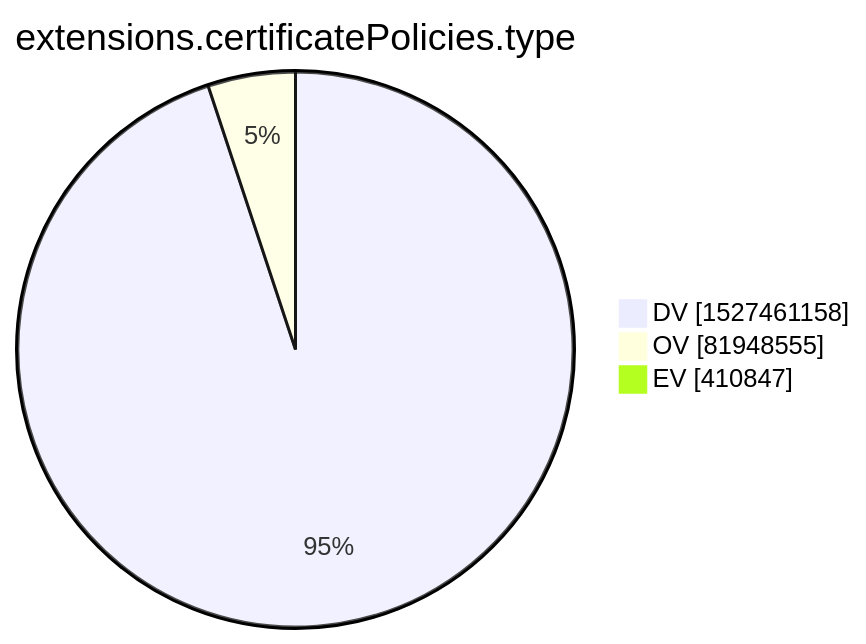
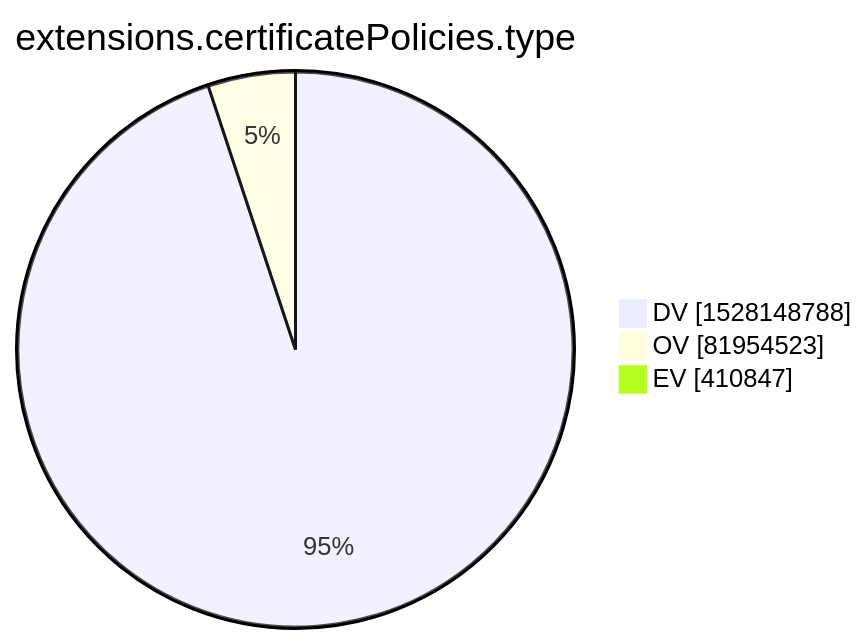
The tenth of 15 diagrams in xenon2022/README.md (christiankrug/ctmonitor_visualization), drawn with Mermaid before and after one commit. The commit also changed other lines of this file, not shown here.

````diff
--- a/xenon2022/README.md
+++ b/xenon2022/README.md
@@ -2875,7 +2875,7 @@
 ```mermaid
 pie showData
 title extensions.certificatePolicies.type
-"DV" :1527461158
-"OV" :81948555
+"DV" :1528148788
+"OV" :81954523
 "EV" :410847
 ```
````
